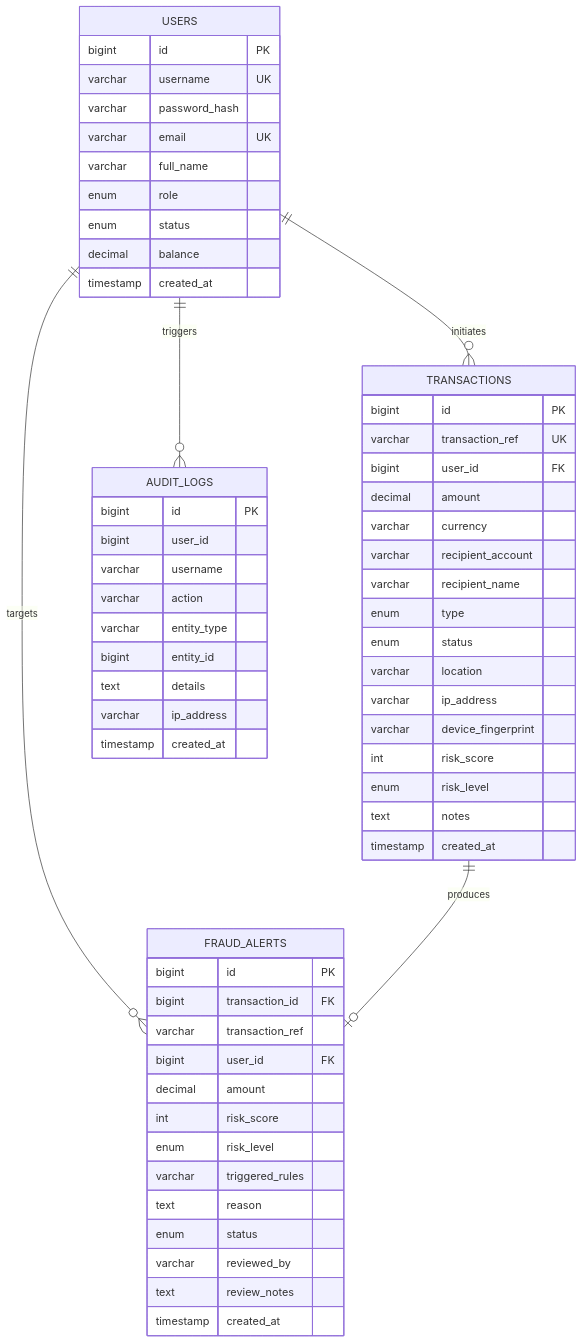
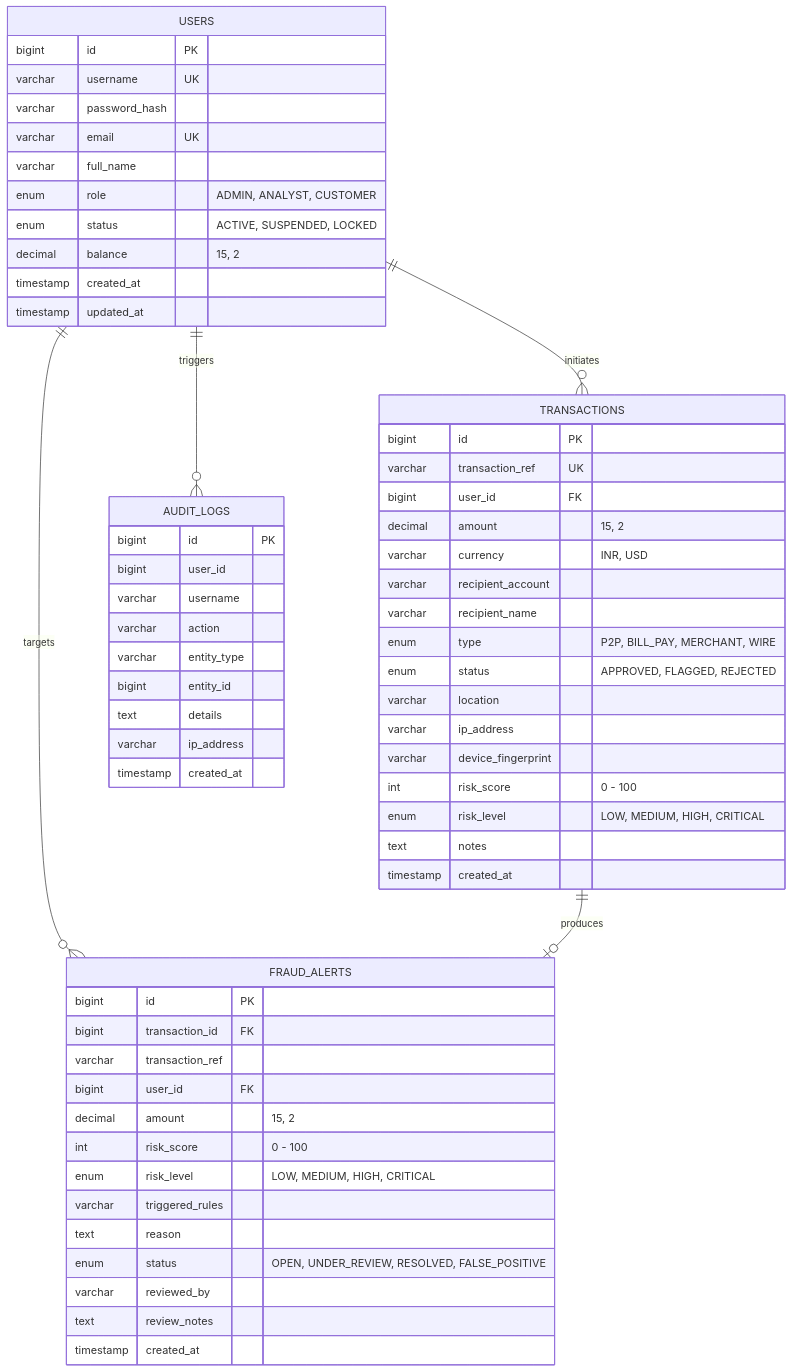
One commit to RohanRastogi1/FRAUDGUARD-AI-Powered-Fraud-Detection-System changed the third of 3 diagrams in README.md. Above: the diagram before and after it, drawn with Mermaid. The commit also changed other lines of this file and 32 other files, not shown here.

````diff
--- a/README.md
+++ b/README.md
@@ -77,66 +101,67 @@
 ```mermaid
 erDiagram
     USERS ||--o{ TRANSACTIONS : initiates
     USERS ||--o{ FRAUD_ALERTS : targets
     USERS ||--o{ AUDIT_LOGS : triggers
     TRANSACTIONS ||--o| FRAUD_ALERTS : produces
 
     USERS {
         bigint id PK
         varchar username UK
         varchar password_hash
         varchar email UK
         varchar full_name
-        enum role
-        enum status
-        decimal balance
+        enum role "ADMIN, ANALYST, CUSTOMER"
+        enum status "ACTIVE, SUSPENDED, LOCKED"
+        decimal balance "15, 2"
         timestamp created_at
+        timestamp updated_at
     }
 
     TRANSACTIONS {
         bigint id PK
         varchar transaction_ref UK
         bigint user_id FK
-        decimal amount
-        varchar currency
+        decimal amount "15, 2"
+        varchar currency "INR, USD"
         varchar recipient_account
         varchar recipient_name
-        enum type
-        enum status
+        enum type "P2P, BILL_PAY, MERCHANT, WIRE"
+        enum status "APPROVED, FLAGGED, REJECTED"
         varchar location
         varchar ip_address
         varchar device_fingerprint
-        int risk_score
-        enum risk_level
+        int risk_score "0 - 100"
+        enum risk_level "LOW, MEDIUM, HIGH, CRITICAL"
         text notes
         timestamp created_at
     }
 
     FRAUD_ALERTS {
         bigint id PK
         bigint transaction_id FK
         varchar transaction_ref
         bigint user_id FK
-        decimal amount
-        int risk_score
-        enum risk_level
+        decimal amount "15, 2"
+        int risk_score "0 - 100"
+        enum risk_level "LOW, MEDIUM, HIGH, CRITICAL"
         varchar triggered_rules
         text reason
-        enum status
+        enum status "OPEN, UNDER_REVIEW, RESOLVED, FALSE_POSITIVE"
         varchar reviewed_by
         text review_notes
         timestamp created_at
     }
 
     AUDIT_LOGS {
         bigint id PK
         bigint user_id
         varchar username
         varchar action
         varchar entity_type
         bigint entity_id
         text details
         varchar ip_address
         timestamp created_at
     }
 ```
````
